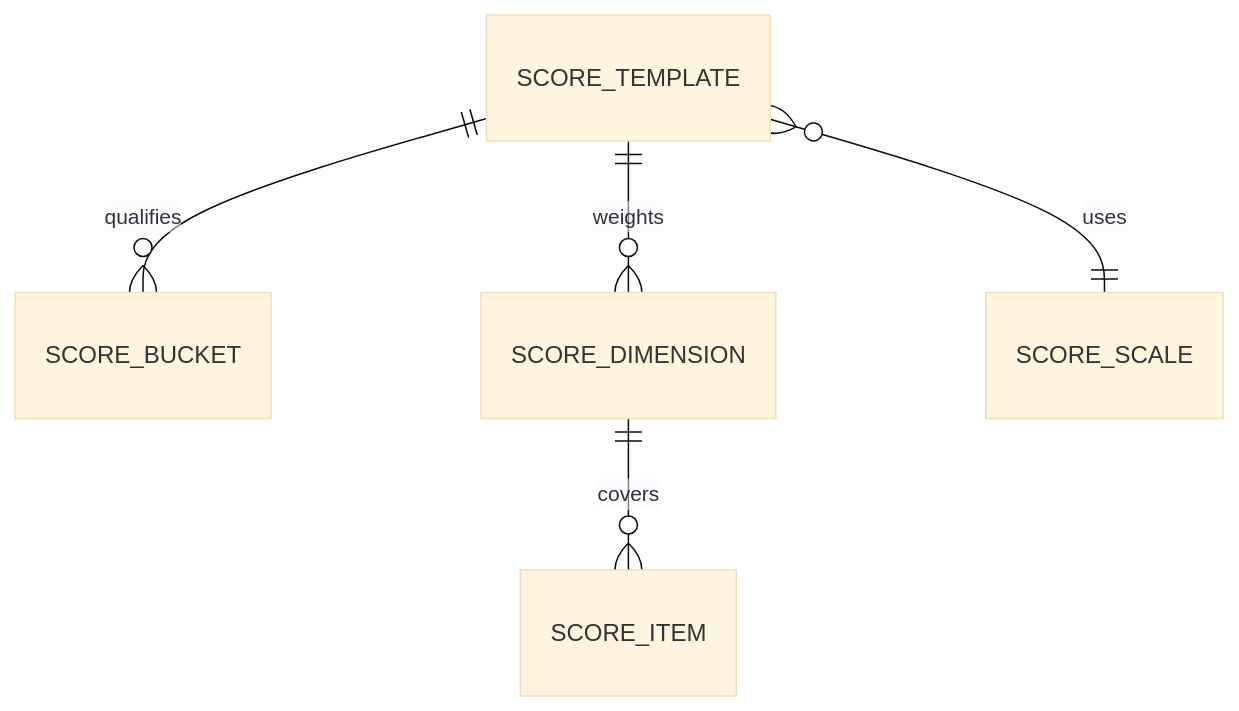
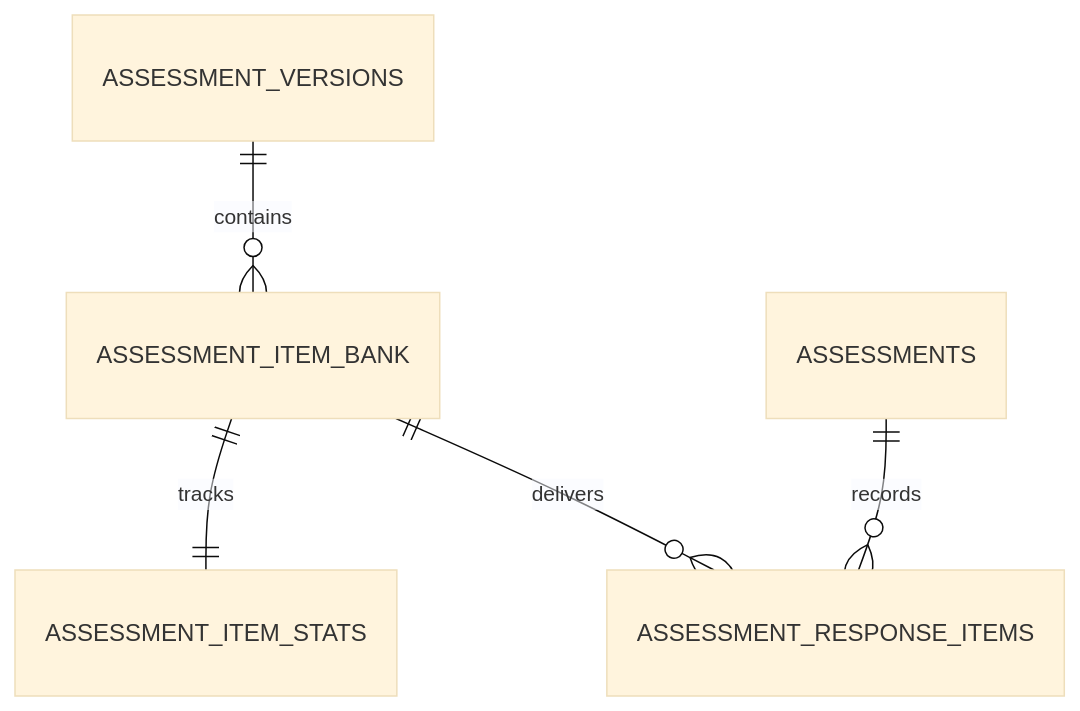
Before and after one commit to ekhanatime/fastapi: the diagram in docs/schema.md, drawn with Mermaid (base theme). The commit also changed other lines of this file and 20 other files, not shown here.

Commit message:
Add item bank persistence and selection helpers

````diff
--- a/docs/schema.md
+++ b/docs/schema.md
@@ -17,7 +17,7 @@
 ```mermaid
 erDiagram
-    SCORE_TEMPLATE ||--o{ SCORE_BUCKET : "qualifies"
-    SCORE_TEMPLATE ||--o{ SCORE_DIMENSION : "weights"
-    SCORE_DIMENSION ||--o{ SCORE_ITEM : "covers"
-    SCORE_TEMPLATE }o--|| SCORE_SCALE : "uses"
+    ASSESSMENT_VERSIONS ||--o{ ASSESSMENT_ITEM_BANK : "contains"
+    ASSESSMENT_ITEM_BANK ||--|| ASSESSMENT_ITEM_STATS : "tracks"
+    ASSESSMENTS ||--o{ ASSESSMENT_RESPONSE_ITEMS : "records"
+    ASSESSMENT_ITEM_BANK ||--o{ ASSESSMENT_RESPONSE_ITEMS : "delivers"
 ```
````
